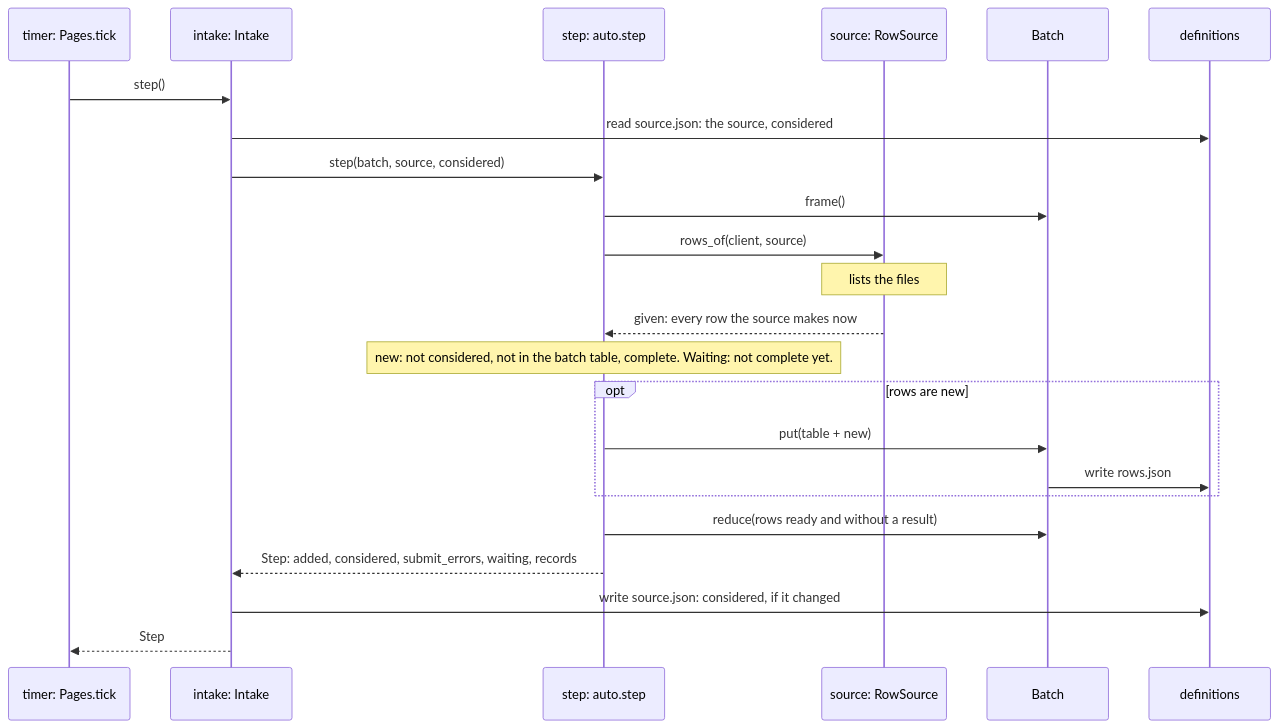
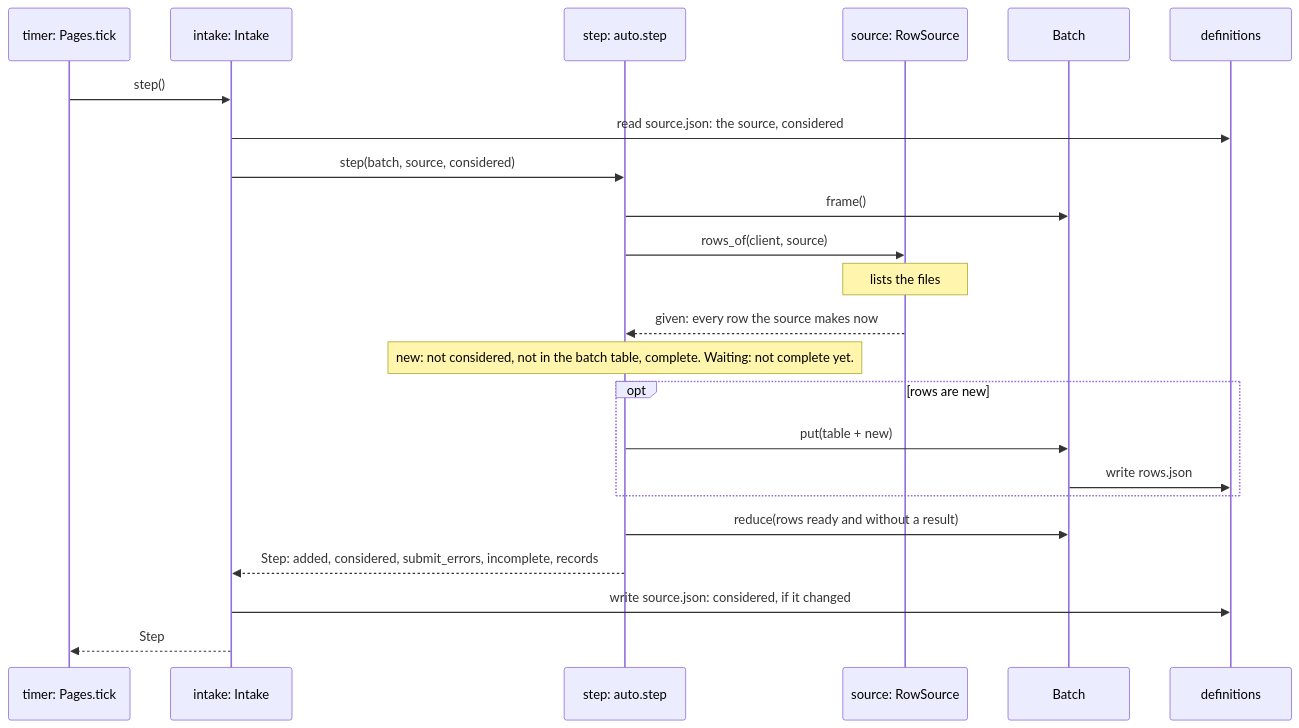
One commit to scipp/essapps changed the fifth of 5 diagrams in packages/essbatch/docs/batch.md. Above: the diagram before and after it, drawn with Mermaid. The commit also changed other lines of this file and 18 other files, not shown here.

First line of the commit message:
Rename waits and waiting of a source row to incomplete, Column.waits to from_source

````diff
--- a/packages/essbatch/docs/batch.md
+++ b/packages/essbatch/docs/batch.md
@@ -582,25 +582,25 @@
 ```mermaid
 sequenceDiagram
     participant timer as timer: Pages.tick
     participant intake as intake: Intake
     participant step as step: auto.step
     participant source as source: RowSource
     participant batch as Batch
     participant definitions
     timer->>intake: step()
     intake->>definitions: read source.json: the source, considered
     intake->>step: step(batch, source, considered)
     step->>batch: frame()
     step->>source: rows_of(client, source)
     Note over source: lists the files
     source-->>step: given: every row the source makes now
     Note over step: new: not considered, not in the batch table, complete. Waiting: not complete yet.
     opt rows are new
         step->>batch: put(table + new)
         batch->>definitions: write rows.json
     end
     step->>batch: reduce(rows ready and without a result)
-    step-->>intake: Step: added, considered, submit_errors, waiting, records
+    step-->>intake: Step: added, considered, submit_errors, incomplete, records
     intake->>definitions: write source.json: considered, if it changed
     intake-->>timer: Step
 ```
````
